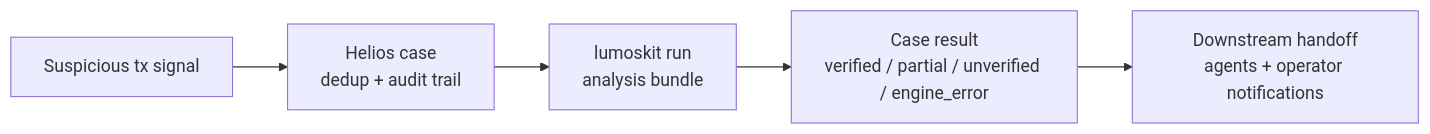
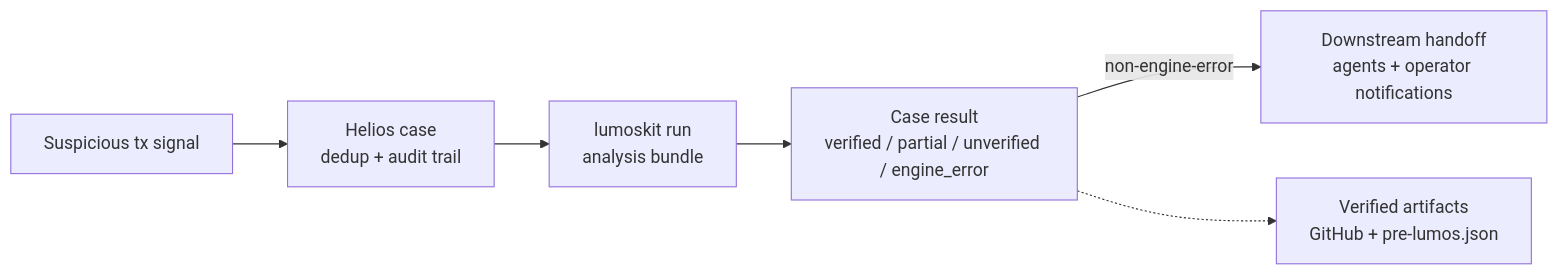
Before and after one commit to BackwardLabs/Backlight: the diagram in README.md, drawn with Mermaid. The commit also changed other lines of this file and 24 other files, not shown here.

````diff
--- a/README.md
+++ b/README.md
@@ -28,10 +32,13 @@
 ```mermaid
 flowchart LR
     signal["Suspicious tx signal"]
     case["Helios case<br/>dedup + audit trail"]
     engine["lumoskit run<br/>analysis bundle"]
     result["Case result<br/>verified / partial / unverified / engine_error"]
+    products["Verified artifacts<br/>GitHub + pre-lumos.json"]
     handoff["Downstream handoff<br/>agents + operator notifications"]
 
-    signal --> case --> engine --> result --> handoff
+    signal --> case --> engine --> result
+    result -->|"non-engine-error"| handoff
+    result -.-> products
 ```
````
